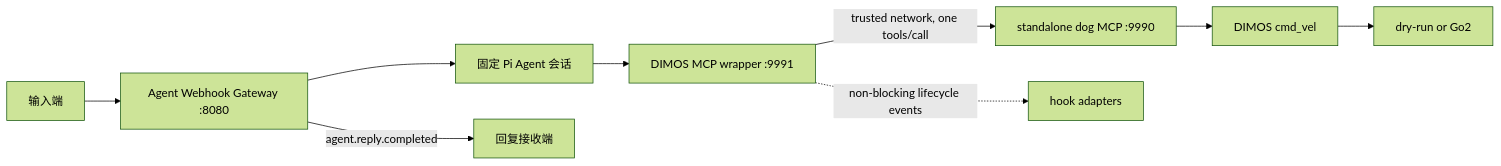
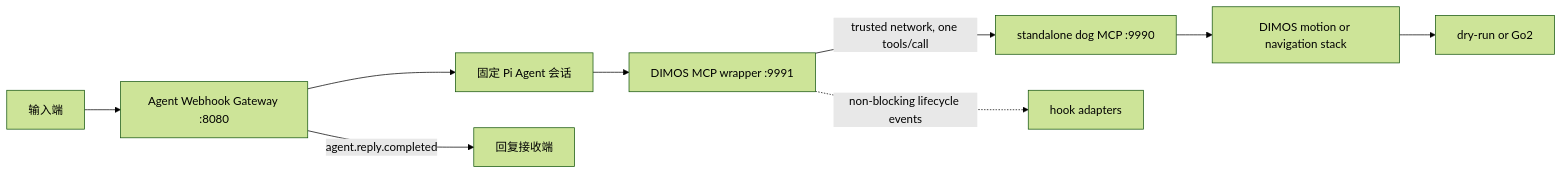
Before and after one commit to human-chocker-and-robot-dog/agent: the diagram in CONTEXT.md, drawn with Mermaid (forest theme). The commit also changed other lines of this file and 25 other files, not shown here.

First line of the commit message:
Add DIMOS navigation, exploration and patrol

````diff
--- a/CONTEXT.md
+++ b/CONTEXT.md
@@ -36,11 +36,11 @@
 ```mermaid
 flowchart LR
     I[输入端] --> G[Agent Webhook Gateway :8080]
     G --> A[固定 Pi Agent 会话]
     A --> B[DIMOS MCP wrapper :9991]
     B -->|trusted network, one tools/call| C[standalone dog MCP :9990]
-    C --> D[DIMOS cmd_vel]
+    C --> D[DIMOS motion or navigation stack]
     D --> E[dry-run or Go2]
     B -. non-blocking lifecycle events .-> F[hook adapters]
     G -->|agent.reply.completed| R[回复接收端]
 ```
````
